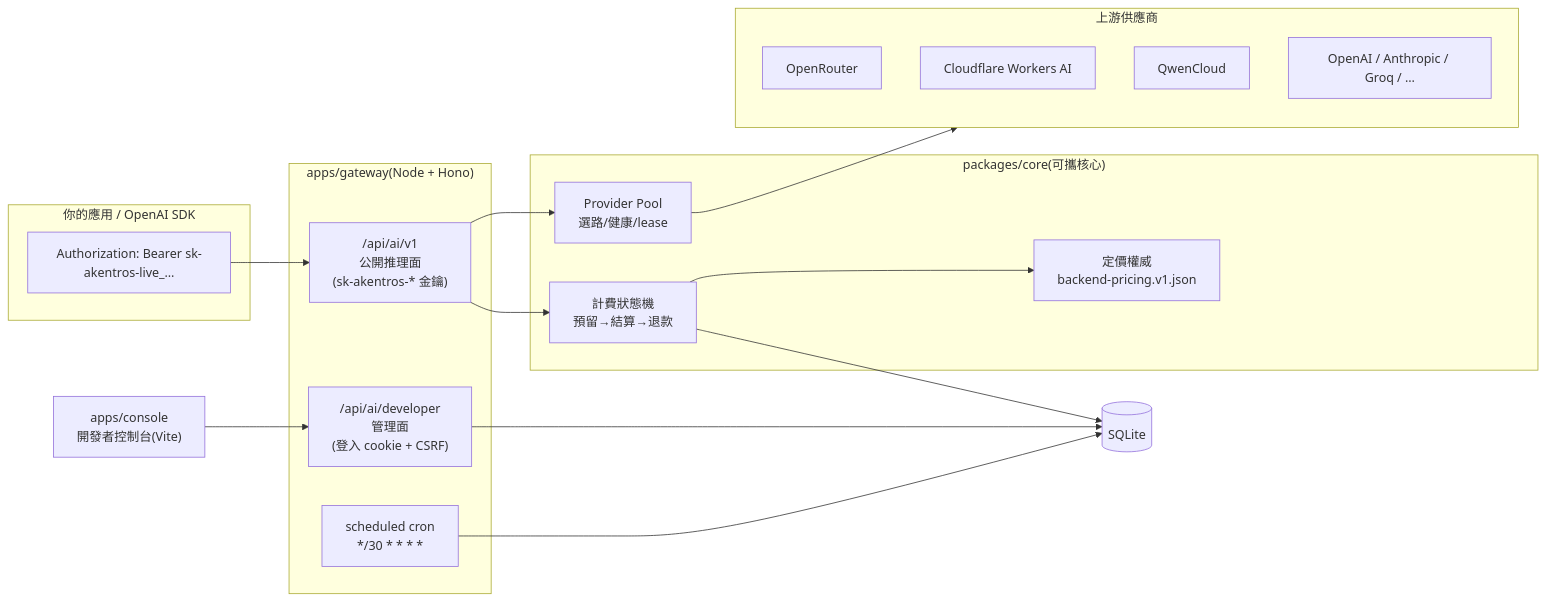
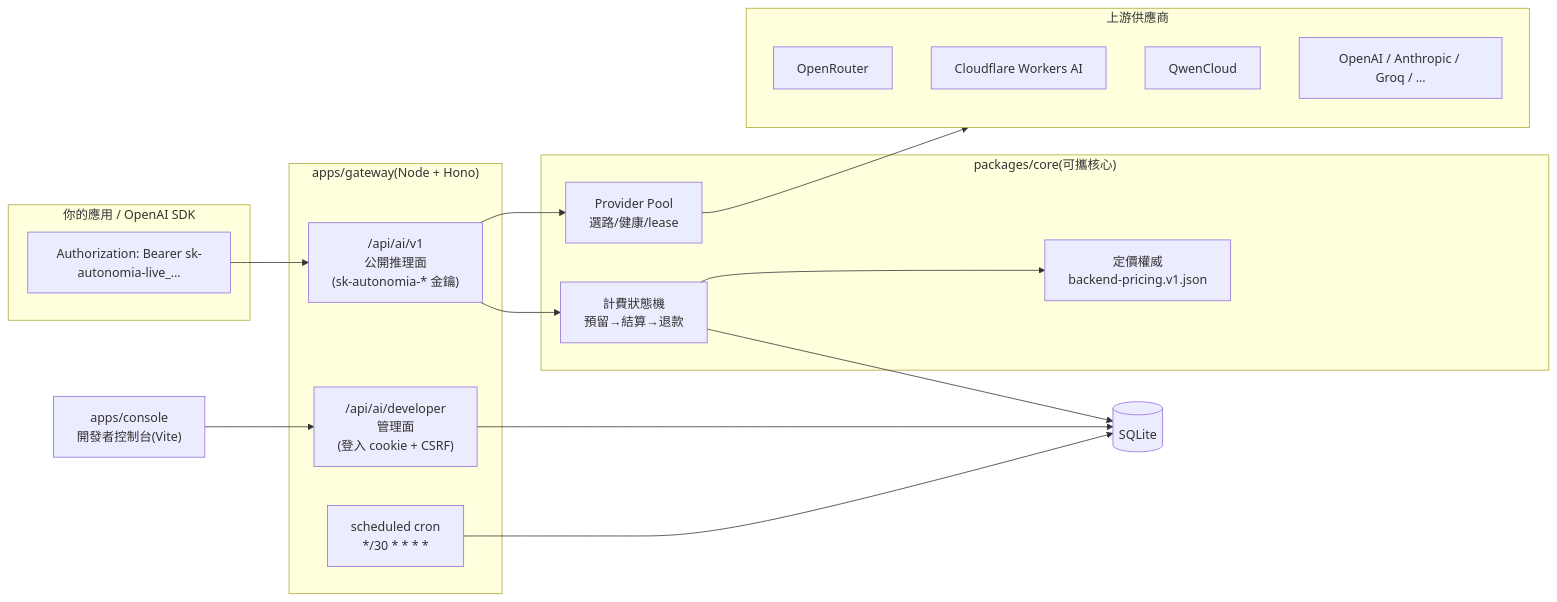
One commit to PrimordialSpirit-SANS/Autonomia changed the diagram in README.md. Above: the diagram before and after it, drawn with Mermaid. The commit also changed other lines of this file and 214 other files, not shown here.

Commit message:
chore(brand): rename Akentros → Autonomia across codebase, docs, and console assets

````diff
--- a/README.md
+++ b/README.md
@@ -58,30 +58,30 @@
 ```mermaid
 flowchart LR
     subgraph client["你的應用 / OpenAI SDK"]
-        A["Authorization: Bearer sk-akentros-live_…"]
+        A["Authorization: Bearer sk-autonomia-live_…"]
     end
     subgraph worker["apps/gateway(Node + Hono)"]
-        P["/api/ai/v1\n公開推理面\n(sk-akentros-* 金鑰)"]
+        P["/api/ai/v1\n公開推理面\n(sk-autonomia-* 金鑰)"]
         D["/api/ai/developer\n管理面\n(登入 cookie + CSRF)"]
         S["scheduled cron\n*/30 * * * *"]
     end
     subgraph core["packages/core(可攜核心)"]
         B["計費狀態機\n預留→結算→退款"]
         R["Provider Pool\n選路/健康/lease"]
         PR["定價權威\nbackend-pricing.v1.json"]
     end
     DB[("SQLite")]
     subgraph providers["上游供應商"]
         P1["OpenRouter"]
         P2["Cloudflare Workers AI"]
         P3["QwenCloud"]
         P4["OpenAI / Anthropic / Groq / …"]
     end
     C["apps/console\n開發者控制台(Vite)"] --> D
     A --> P
     P --> B --> DB
     P --> R --> providers
     B --> PR
     D --> DB
     S --> DB
 ```
````
